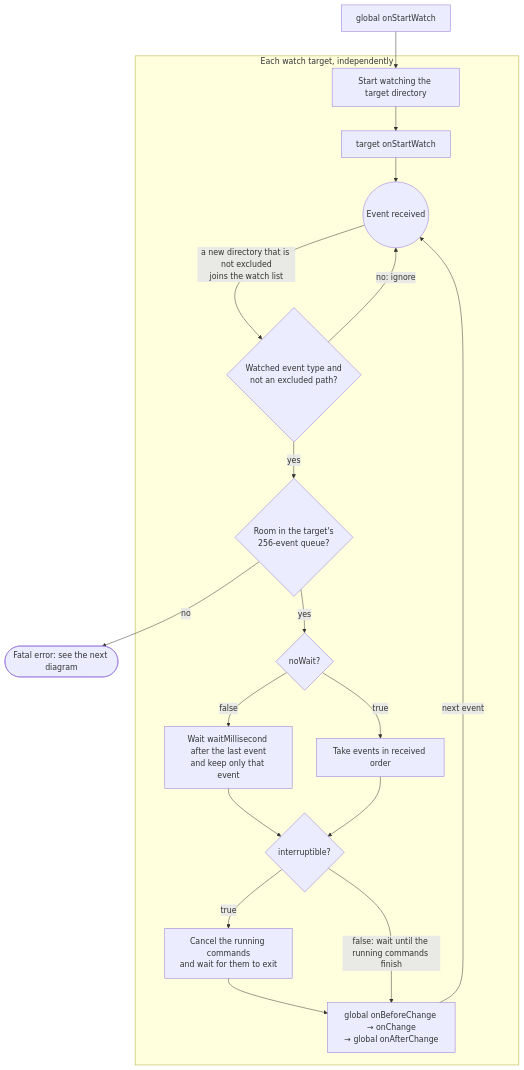
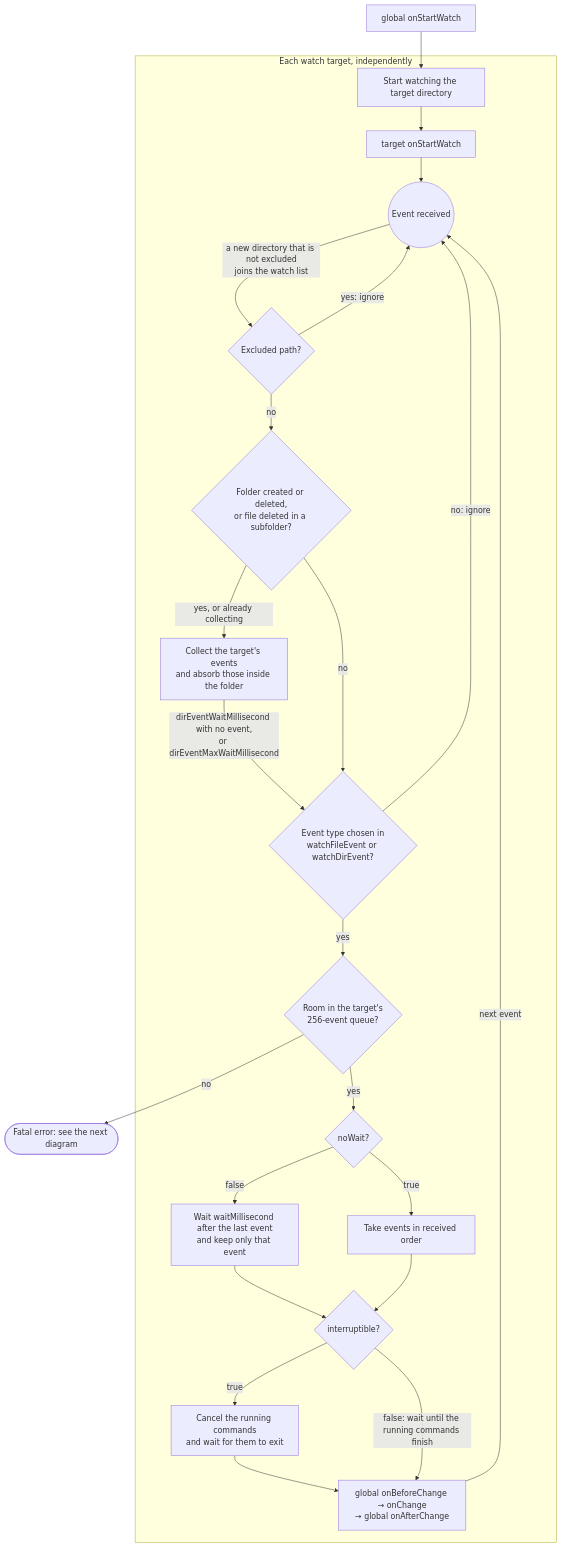
One commit to seungyeop-lee/directory-watcher changed the first of 2 diagrams in README.md. Above: the diagram before and after it, drawn with Mermaid. The commit also changed other lines of this file and 50 other files, not shown here.

````diff
--- a/README.md
+++ b/README.md
@@ -149,35 +150,43 @@
 ```mermaid
 flowchart TD
     globalStart["global onStartWatch"]
     subgraph eachTarget["Each watch target, independently"]
         watchDirs["Start watching the target directory"]
         targetStart["target onStartWatch"]
         receiveEvent(("Event received"))
-        filterEvent{"Watched event type and<br>not an excluded path?"}
+        excludeCheck{"Excluded path?"}
+        collectChoice{"Folder created or deleted,<br>or file deleted in a subfolder?"}
+        collectFolder["Collect the target's events<br>and absorb those inside the folder"]
+        kindFilter{"Event type chosen in<br>watchFileEvent or watchDirEvent?"}
         queueEvent{"Room in the target's<br>256-event queue?"}
         modeChoice{"noWait?"}
         debounceWait["Wait waitMillisecond after the last event<br>and keep only that event"]
         orderedRun["Take events in received order"]
         interruptChoice{"interruptible?"}
         cancelPrevious["Cancel the running commands<br>and wait for them to exit"]
         runChange["global onBeforeChange → onChange<br>→ global onAfterChange"]
     end
     fatalStop(["Fatal error: see the next diagram"])
 
     globalStart --> watchDirs
     watchDirs --> targetStart
     targetStart --> receiveEvent
-    receiveEvent -->|"a new directory that is not excluded<br>joins the watch list"| filterEvent
-    filterEvent -->|"no: ignore"| receiveEvent
-    filterEvent -->|"yes"| queueEvent
+    receiveEvent -->|"a new directory that is not excluded<br>joins the watch list"| excludeCheck
+    excludeCheck -->|"yes: ignore"| receiveEvent
+    excludeCheck -->|"no"| collectChoice
+    collectChoice -->|"yes, or already collecting"| collectFolder
+    collectChoice -->|"no"| kindFilter
+    collectFolder -->|"dirEventWaitMillisecond with no event,<br>or dirEventMaxWaitMillisecond"| kindFilter
+    kindFilter -->|"no: ignore"| receiveEvent
+    kindFilter -->|"yes"| queueEvent
     queueEvent -->|"no"| fatalStop
     queueEvent -->|"yes"| modeChoice
     modeChoice -->|"false"| debounceWait
     modeChoice -->|"true"| orderedRun
     debounceWait --> interruptChoice
     orderedRun --> interruptChoice
     interruptChoice -->|"true"| cancelPrevious
     interruptChoice -->|"false: wait until the running commands finish"| runChange
     cancelPrevious --> runChange
     runChange -->|"next event"| receiveEvent
 ```
````
